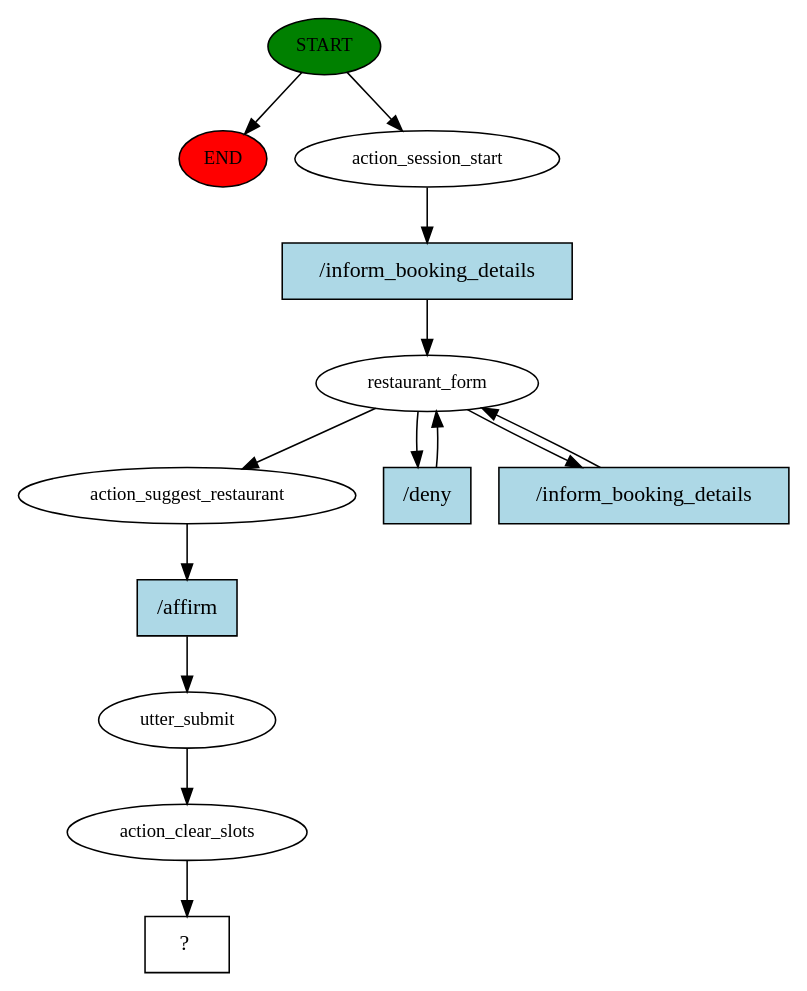
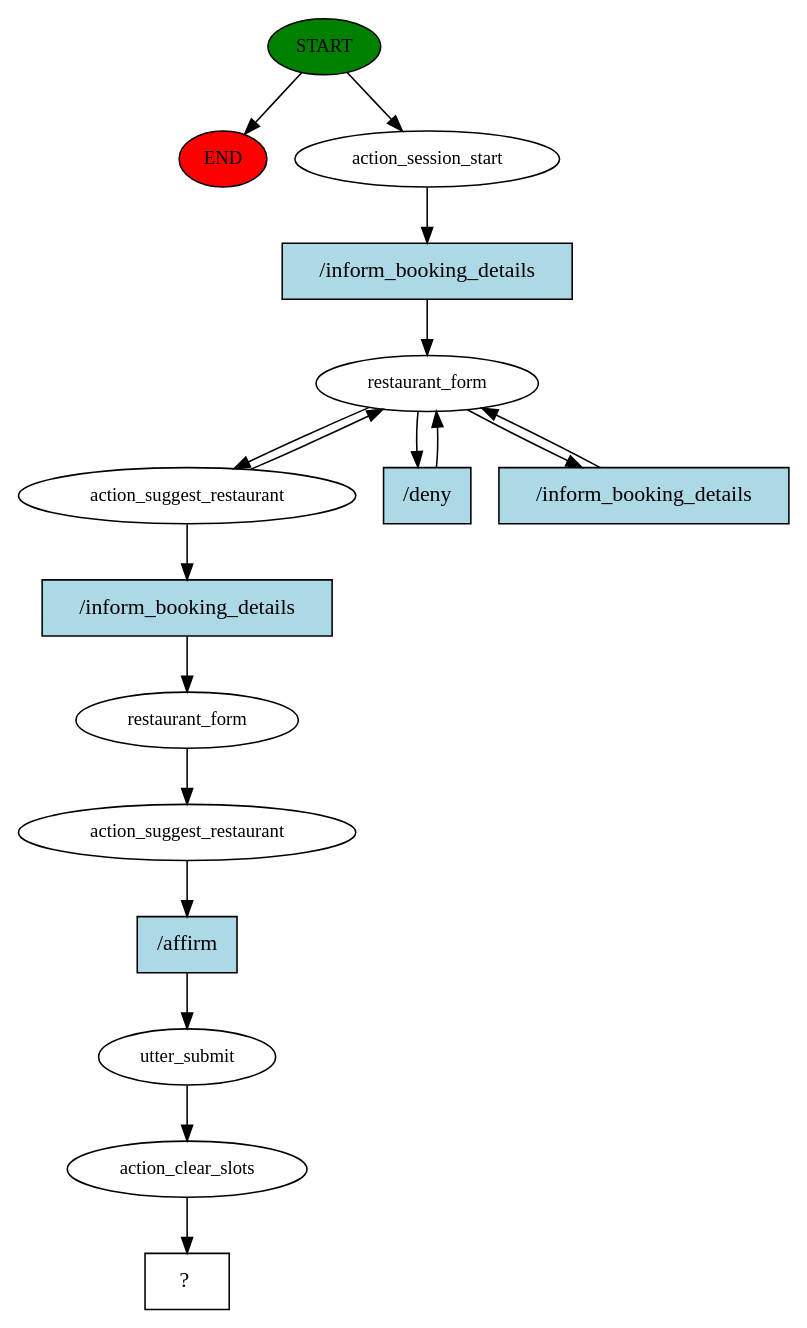
One commit to JasminDenise/voiceAssistantAlice changed the diagram in story_graph.dot. Above: the diagram before and after it, drawn with Graphviz. The commit also changed 48 other files, not shown here.

```diff
--- a/story_graph.dot
+++ b/story_graph.dot
@@ -1,27 +1,34 @@
 digraph  {
 0 [class="start active", fillcolor=green, fontsize=12, label=START, style=filled];
 "-1" [class=end, fillcolor=red, fontsize=12, label=END, style=filled];
 1 [class=active, fontsize=12, label=action_session_start];
 2 [class=active, fontsize=12, label=restaurant_form];
-8 [class=active, fontsize=12, label=action_suggest_restaurant];
-9 [class=active, fontsize=12, label=utter_submit];
-10 [class=active, fontsize=12, label=action_clear_slots];
-11 [class="intent dashed active", label="  ?  ", shape=rect];
-12 [class="intent active", fillcolor=lightblue, label="/inform_booking_details", shape=rect, style=filled];
-13 [class="intent active", fillcolor=lightblue, label="/deny", shape=rect, style=filled];
-14 [class="intent active", fillcolor=lightblue, label="/inform_booking_details", shape=rect, style=filled];
-15 [class="intent active", fillcolor=lightblue, label="/affirm", shape=rect, style=filled];
+7 [class=active, fontsize=12, label=action_suggest_restaurant];
+13 [class=active, fontsize=12, label=restaurant_form];
+14 [class=active, fontsize=12, label=action_suggest_restaurant];
+15 [class=active, fontsize=12, label=utter_submit];
+16 [class=active, fontsize=12, label=action_clear_slots];
+17 [class="intent dashed active", label="  ?  ", shape=rect];
+18 [class="intent active", fillcolor=lightblue, label="/inform_booking_details", shape=rect, style=filled];
+19 [class="intent active", fillcolor=lightblue, label="/deny", shape=rect, style=filled];
+20 [class="intent active", fillcolor=lightblue, label="/inform_booking_details", shape=rect, style=filled];
+21 [class="intent active", fillcolor=lightblue, label="/inform_booking_details", shape=rect, style=filled];
+22 [class="intent active", fillcolor=lightblue, label="/affirm", shape=rect, style=filled];
 0 -> "-1"  [class="", key=NONE, label=""];
 0 -> 1  [class=active, key=NONE, label=""];
-1 -> 12  [class=active, key=0];
-2 -> 8  [class=active, key=NONE, label=""];
-2 -> 13  [class=active, key=0];
-2 -> 14  [class=active, key=0];
-8 -> 15  [class=active, key=0];
-9 -> 10  [class=active, key=NONE, label=""];
-10 -> 11  [class=active, key=NONE, label=""];
-12 -> 2  [class=active, key=0];
-13 -> 2  [class=active, key=0];
-14 -> 2  [class=active, key=0];
-15 -> 9  [class=active, key=0];
+1 -> 18  [class=active, key=0];
+2 -> 7  [class=active, key=NONE, label=""];
+2 -> 19  [class=active, key=0];
+2 -> 20  [class=active, key=0];
+7 -> 2  [class=active, key=NONE, label=""];
+7 -> 21  [class=active, key=0];
+13 -> 14  [class=active, key=NONE, label=""];
+14 -> 22  [class=active, key=0];
+15 -> 16  [class=active, key=NONE, label=""];
+16 -> 17  [class=active, key=NONE, label=""];
+18 -> 2  [class=active, key=0];
+19 -> 2  [class=active, key=0];
+20 -> 2  [class=active, key=0];
+21 -> 13  [class=active, key=0];
+22 -> 15  [class=active, key=0];
 }
```
